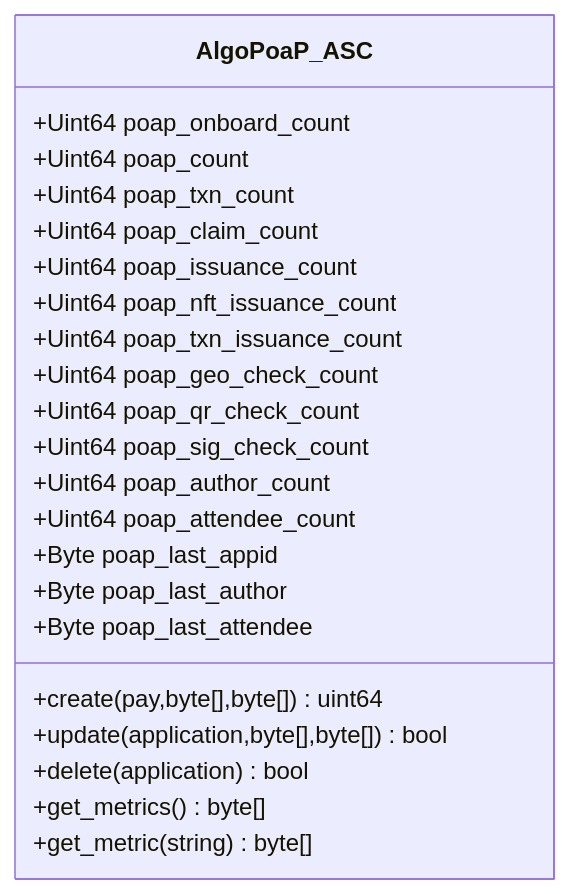
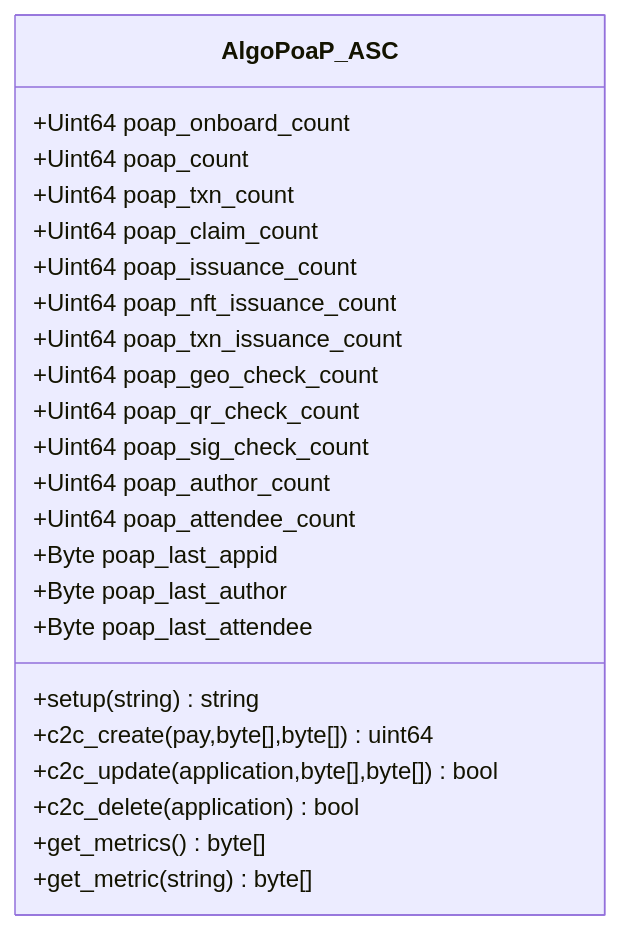
The eighth of 10 diagrams in profile/README.md (GoPlausible/.github), drawn with Mermaid before and after one commit. The commit also changed other lines of this file, not shown here.

````diff
--- a/profile/README.md
+++ b/profile/README.md
@@ -309,27 +309,28 @@
 ```mermaid
   classDiagram
     class AlgoPoaP_ASC
     AlgoPoaP_ASC : +Uint64 poap_onboard_count
     AlgoPoaP_ASC : +Uint64 poap_count
     AlgoPoaP_ASC : +Uint64 poap_txn_count
     AlgoPoaP_ASC : +Uint64 poap_claim_count
     AlgoPoaP_ASC : +Uint64 poap_issuance_count
     AlgoPoaP_ASC : +Uint64 poap_nft_issuance_count
     AlgoPoaP_ASC : +Uint64 poap_txn_issuance_count
 
     AlgoPoaP_ASC : +Uint64 poap_geo_check_count
     AlgoPoaP_ASC : +Uint64 poap_qr_check_count
     AlgoPoaP_ASC : +Uint64 poap_sig_check_count
 
     AlgoPoaP_ASC : +Uint64 poap_author_count
     AlgoPoaP_ASC : +Uint64 poap_attendee_count
     AlgoPoaP_ASC : +Byte poap_last_appid
     AlgoPoaP_ASC : +Byte poap_last_author
     AlgoPoaP_ASC : +Byte poap_last_attendee
-    AlgoPoaP_ASC : +create(pay,byte[],byte[])uint64
-    AlgoPoaP_ASC : +update(application,byte[],byte[])bool
-    AlgoPoaP_ASC : +delete(application)bool
+    AlgoPoaP_ASC : +setup(string)string
+    AlgoPoaP_ASC : +c2c_create(pay,byte[],byte[])uint64
+    AlgoPoaP_ASC : +c2c_update(application,byte[],byte[])bool
+    AlgoPoaP_ASC : +c2c_delete(application)bool
     AlgoPoaP_ASC : +get_metrics()byte[]
     AlgoPoaP_ASC : +get_metric(string)byte[]
     
 ```
````
